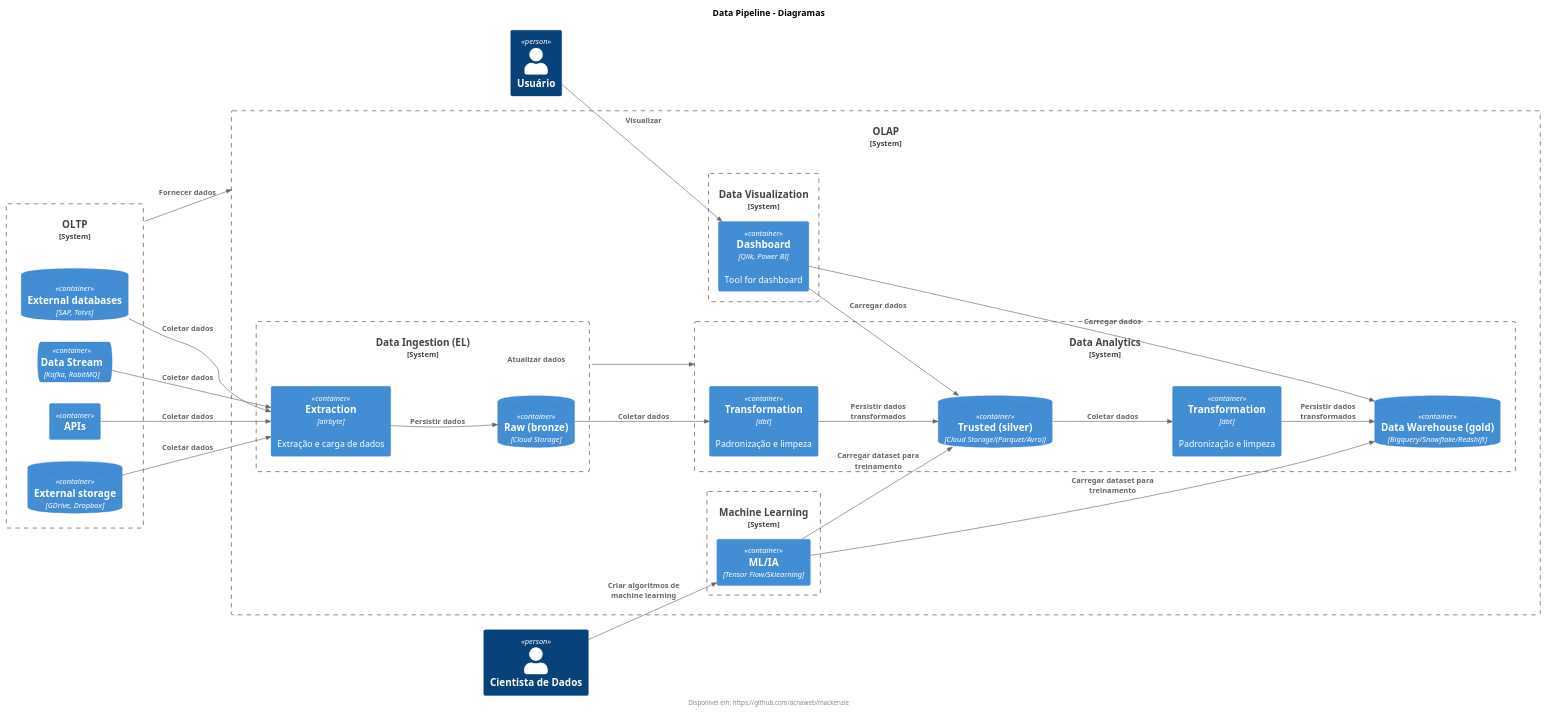
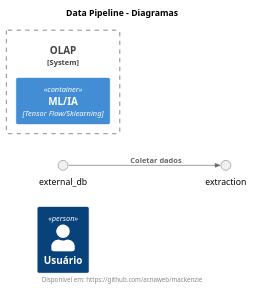
The diagram in diagrams/data_pipeline.wsd (acnaweb/mackenzie-2025-1), drawn with PlantUML before and after one commit.

```diff
--- a/diagrams/data_pipeline.wsd
+++ b/diagrams/data_pipeline.wsd
@@ -1,66 +1,18 @@
 @startuml data_pipeline
 !include https://raw.githubusercontent.com/plantuml-stdlib/C4-PlantUML/master/C4_Container.puml
 title Data Pipeline - Diagramas
 footer Disponível em: https://github.com/acnaweb/mackenzie
 
 LAYOUT_LANDSCAPE()
 
 Person(user, "Usuário")
-Person(data_scientist, "Cientista de Dados")
 
 System_Boundary(olap, "OLAP") {
 
-    System_Boundary(ml, "Machine Learning") {
         Container(ia, "ML/IA", "Tensor Flow/Sklearning", "")
-    }
-
-    System_Boundary(dataviz, "Data Visualization") {
-        Container(dash, "Dashboard", "Qlik, Power BI", "Tool for dashboard")
-    }
-
-    System_Boundary(analytics, "Data Analytics") {
-        ContainerDb(silver, "Trusted (silver)", "Cloud Storage/(Parquet/Avro)")
-        Container(transformation_bronze_silver, "Transformation", "dbt", "Padronização e limpeza")
-        
-        ContainerDb(gold, "Data Warehouse (gold)", "Bigquery/Snowflake/Redshift")
-        Container(transformation_silver_gold, "Transformation", "dbt", "Padronização e limpeza")
-    }
-
-    System_Boundary(ingestion, "Data Ingestion (EL)") {
-        ContainerDb(bronze, "Raw (bronze)", "Cloud Storage")
-        Container(extraction, "Extraction", "airbyte", "Extração e carga de dados")
-    }
 }
 
-System_Boundary(oltp, "OLTP") {
-    ContainerDb(external_db, "External databases", "SAP, Totvs")
-    ContainerQueue(external_queue, "Data Stream", "Kafka, RabitMQ")
-    Container(external_api, "APIs")
-    ContainerDb(external_storage, "External storage", "GDrive, Dropbox")
-}
 
 Rel(external_db, extraction, "Coletar dados")
-Rel(external_queue, extraction, "Coletar dados")
-Rel(external_api, extraction, "Coletar dados")
-Rel(external_storage, extraction, "Coletar dados")
-Rel(extraction, bronze, "Persistir dados")
-
-Rel(oltp, olap, "Fornecer dados")
-Rel(ingestion, analytics, "Atualizar dados")
-
-Rel(bronze, transformation_bronze_silver, "Coletar dados")
-Rel(transformation_bronze_silver, silver, "Persistir dados transformados")
-
-Rel(silver, transformation_silver_gold, "Coletar dados")
-Rel(transformation_silver_gold, gold, "Persistir dados transformados")
-
-Rel(user, dash, "Visualizar")
-Rel(dash, gold, "Carregar dados")
-Rel(dash, silver, "Carregar dados")
-
-
-Rel(data_scientist, ia, "Criar algoritmos de machine learning")
-Rel(ia, gold, "Carregar dataset para treinamento")
-Rel(ia, silver, "Carregar dataset para treinamento")
 
 @enduml
```
